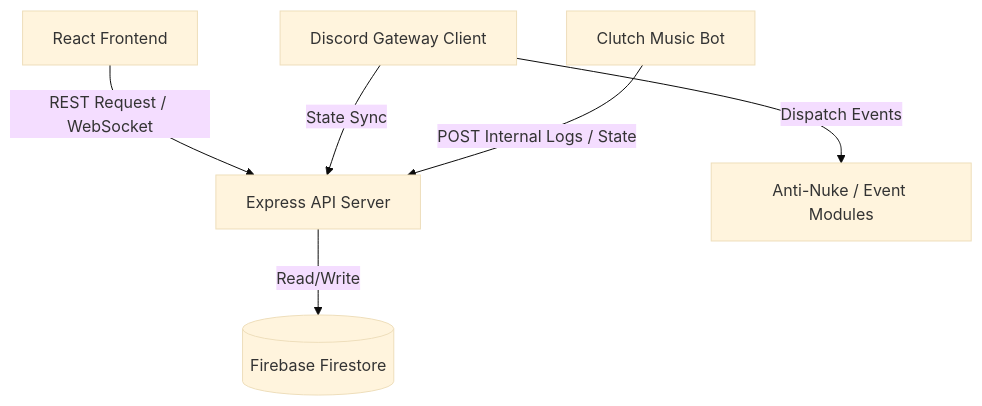
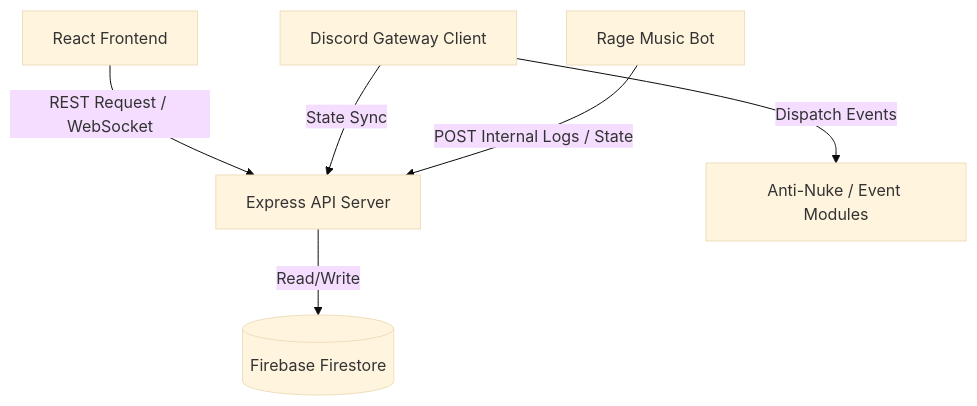
The diagram in PROJECT_STRUCTURE.md (Tarun7358/rageoptimiser), drawn with Mermaid (base theme) before and after one commit. The commit also changed other lines of this file and 66 other files, not shown here.

````diff
--- a/PROJECT_STRUCTURE.md
+++ b/PROJECT_STRUCTURE.md
@@ -46,8 +46,8 @@
 ```mermaid
 graph TD
     Client[React Frontend] -->|REST Request / WebSocket| API[Express API Server]
     API -->|Read/Write| DB[(Firebase Firestore)]
     Gateway[Discord Gateway Client] -->|State Sync| API
     Gateway -->|Dispatch Events| Modules[Anti-Nuke / Event Modules]
-    Music[Clutch Music Bot] -->|POST Internal Logs / State| API
+    Music[Rage Music Bot] -->|POST Internal Logs / State| API
 ```
````
